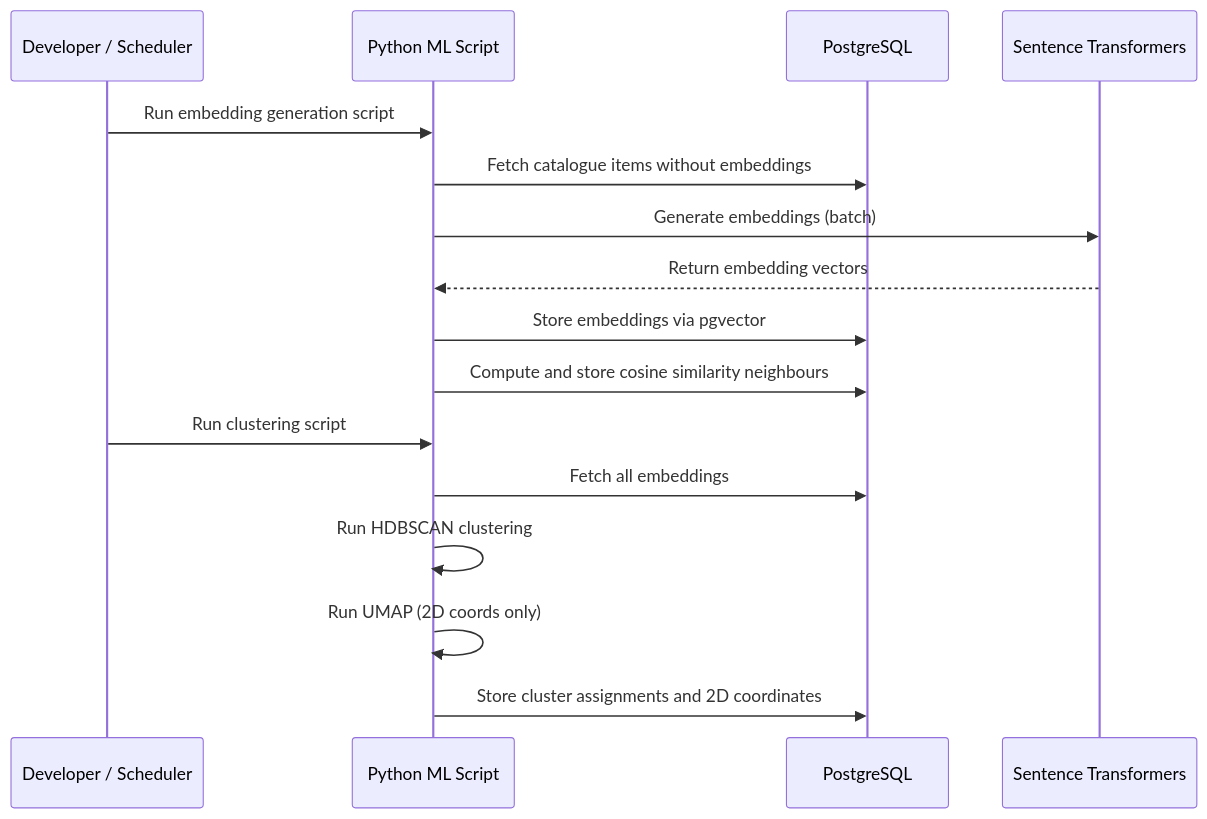
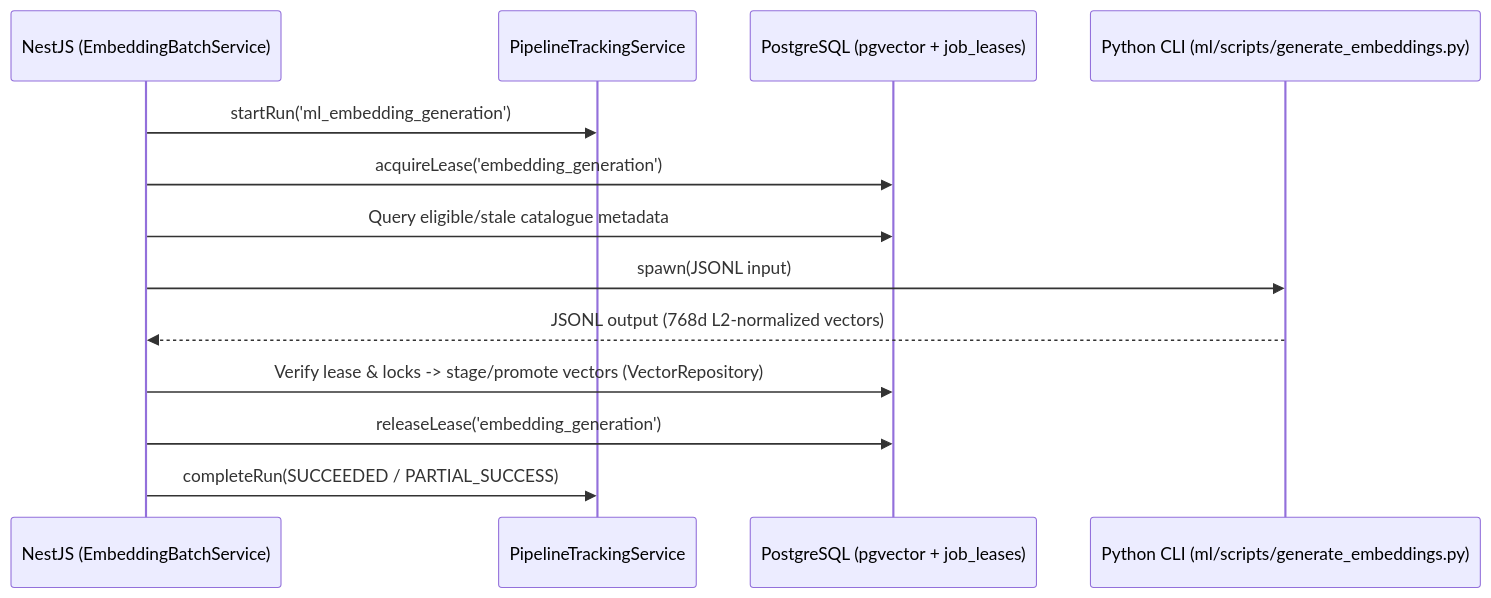
The third of 7 diagrams in docs/ARCHITECTURE.md (NilangaAbhisheka/CineSphere), drawn with Mermaid before and after one commit. The commit also changed other lines of this file and 15 other files, not shown here.

Commit message:
chore(baseline): stabilize CI, reconcile docs, and document observability architecture

````diff
--- a/docs/ARCHITECTURE.md
+++ b/docs/ARCHITECTURE.md
@@ -225,19 +224,16 @@
 ```mermaid
 sequenceDiagram
-    participant Dev as Developer / Scheduler
-    participant ML as Python ML Script
-    participant DB as PostgreSQL
-    participant ST as Sentence Transformers
+    participant API as NestJS (EmbeddingBatchService)
+    participant Track as PipelineTrackingService
+    participant DB as PostgreSQL (pgvector + job_leases)
+    participant Py as Python CLI (ml/scripts/generate_embeddings.py)
 
-    Dev->>ML: Run embedding generation script
-    ML->>DB: Fetch catalogue items without embeddings
-    ML->>ST: Generate embeddings (batch)
-    ST-->>ML: Return embedding vectors
-    ML->>DB: Store embeddings via pgvector
-    ML->>DB: Compute and store cosine similarity neighbours
-    Dev->>ML: Run clustering script
-    ML->>DB: Fetch all embeddings
-    ML->>ML: Run HDBSCAN clustering
-    ML->>ML: Run UMAP (2D coords only)
-    ML->>DB: Store cluster assignments and 2D coordinates
+    API->>Track: startRun('ml_embedding_generation')
+    API->>DB: acquireLease('embedding_generation')
+    API->>DB: Query eligible/stale catalogue metadata
+    API->>Py: spawn(JSONL input)
+    Py-->>API: JSONL output (768d L2-normalized vectors)
+    API->>DB: Verify lease & locks -> stage/promote vectors (VectorRepository)
+    API->>DB: releaseLease('embedding_generation')
+    API->>Track: completeRun(SUCCEEDED / PARTIAL_SUCCESS)
 ```
````
